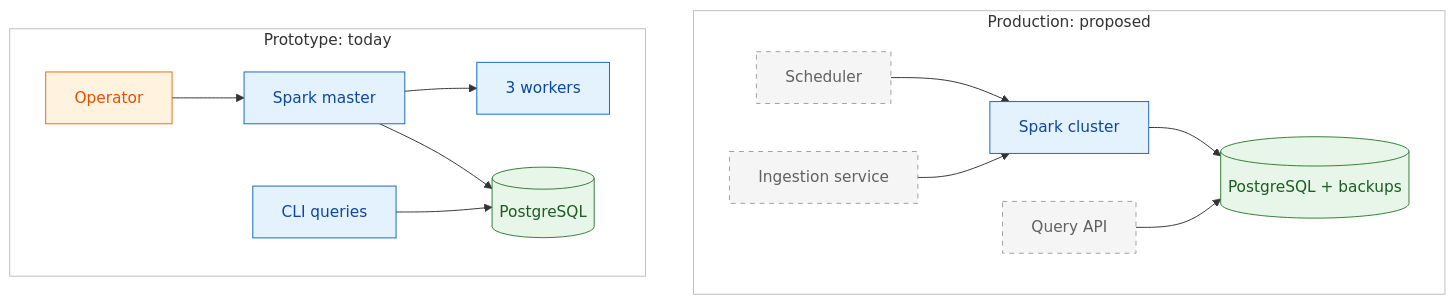
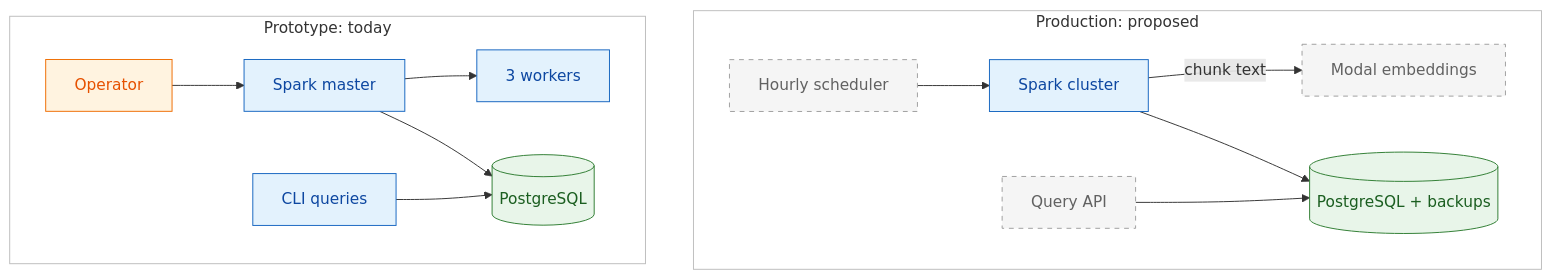
The diagram in diagrams/src/03-prototype-vs-production.mmd (AmalKhaled28/doc), drawn with Mermaid before and after one commit. The commit also changed 9 other files, not shown here.

Commit message:
Update docs baseline, diagrams, and add FILL-IN checklist

```diff
--- a/diagrams/src/03-prototype-vs-production.mmd
+++ b/diagrams/src/03-prototype-vs-production.mmd
@@ -1,30 +1,30 @@
 flowchart TD
     subgraph PROD["Production: proposed"]
-        S1["Scheduler"]:::proposed
-        S2["Ingestion service"]:::proposed
-        S3["Spark cluster"]:::svc
+        S1["Hourly scheduler"]:::proposed
+        S2["Spark cluster"]:::svc
+        S3["Modal embeddings"]:::proposed
         S4[("PostgreSQL + backups")]:::store
         S5["Query API"]:::proposed
-        S1 --> S3
-        S2 --> S3
-        S3 --> S4
+        S1 --> S2
+        S2 -->|"chunk text"| S3
+        S2 --> S4
         S5 --> S4
     end
 
     subgraph PROTO["Prototype: today"]
         P1["Operator"]:::ext
         P2["Spark master"]:::svc
         P3["3 workers"]:::svc
         P4[("PostgreSQL")]:::store
         P5["CLI queries"]:::svc
         P1 --> P2 --> P3
         P2 --> P4
         P5 --> P4
     end
 
     classDef svc fill:#E3F2FD,stroke:#1565C0,color:#0D47A1
     classDef store fill:#E8F5E9,stroke:#2E7D32,color:#1B5E20
     classDef ext fill:#FFF3E0,stroke:#EF6C00,color:#E65100
     classDef proposed fill:#F5F5F5,stroke:#9E9E9E,stroke-dasharray:5 5,color:#616161
     style PROTO fill:#FFFFFF,stroke:#BDBDBD
     style PROD fill:#FFFFFF,stroke:#BDBDBD
```
